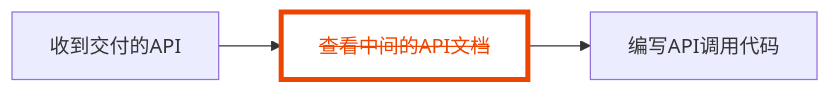
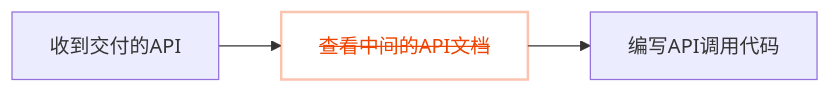
Before and after one commit to alovajs/alovajs.github.io: the second of 2 diagrams in i18n/zh-CN/docusaurus-plugin-content-docs/current/tutorial/02-getting-started/01-introduce.md, drawn with Mermaid. The commit also changed other lines of this file and 19 other files, not shown here.

````diff
--- a/i18n/zh-CN/docusaurus-plugin-content-docs/current/tutorial/02-getting-started/01-introduce.md
+++ b/i18n/zh-CN/docusaurus-plugin-content-docs/current/tutorial/02-getting-started/01-introduce.md
@@ -398,7 +398,7 @@
 ```mermaid
 flowchart LR
   A[收到交付的API] --> B[<s>查看中间的API文档</s>] --> C[编写API调用代码]
 
   class B redNode;
-  classDef redNode fill:transparent,stroke:#ee4400,color:#ee4400,stroke-width:4px;
+  classDef redNode fill:transparent,stroke:#ee440050,color:#ee4400,stroke-width:2px;
 ```
````
